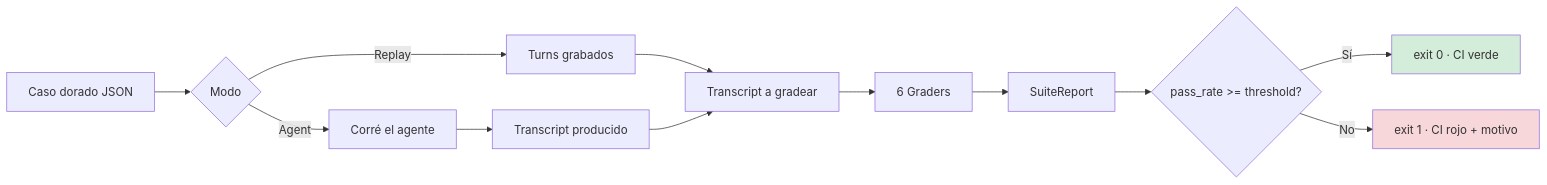
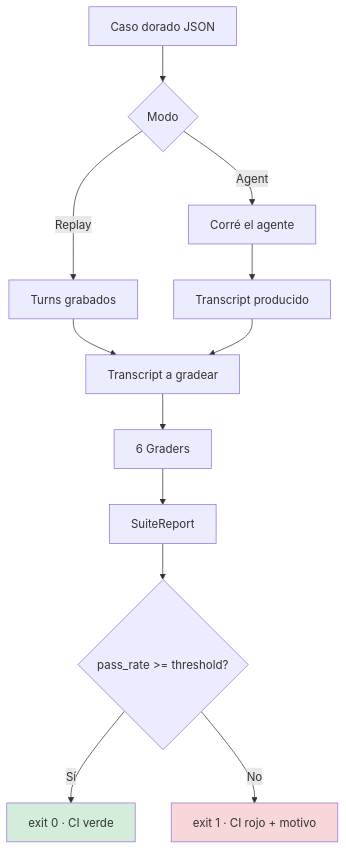
Before and after one commit to ramiro-c/ramirocerda: the first of 2 diagrams in src/content/notes/es/testear-agentes-sin-juez-llm.md, drawn with Mermaid. The commit also changed 3 other files, not shown here.

Commit message:
feat(notes): make mermaid diagrams mobile-friendly (TD flow + tap-to-expand)

````diff
--- a/src/content/notes/es/testear-agentes-sin-juez-llm.md
+++ b/src/content/notes/es/testear-agentes-sin-juez-llm.md
@@ -55,17 +55,17 @@
 ```mermaid
-flowchart LR
+flowchart TD
     A[Caso dorado JSON] --> B{Modo}
     B -->|Replay| C[Turns grabados]
     B -->|Agent| D[Corré el agente]
     D --> E[Transcript producido]
     C --> F[Transcript a gradear]
     E --> F
     F --> G[6 Graders]
     G --> H[SuiteReport]
     H --> I{pass_rate >= threshold?}
     I -->|Sí| J[exit 0 · CI verde]
     I -->|No| K[exit 1 · CI rojo + motivo]
 
     style J fill:#d4edda
     style K fill:#f8d7da
 ```
````
